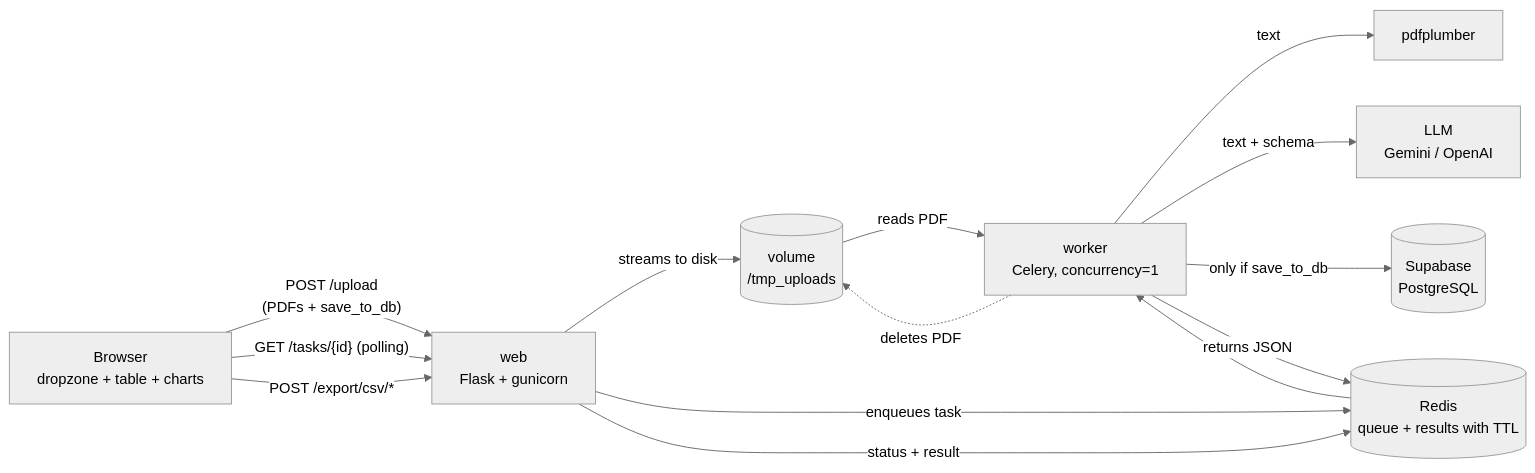
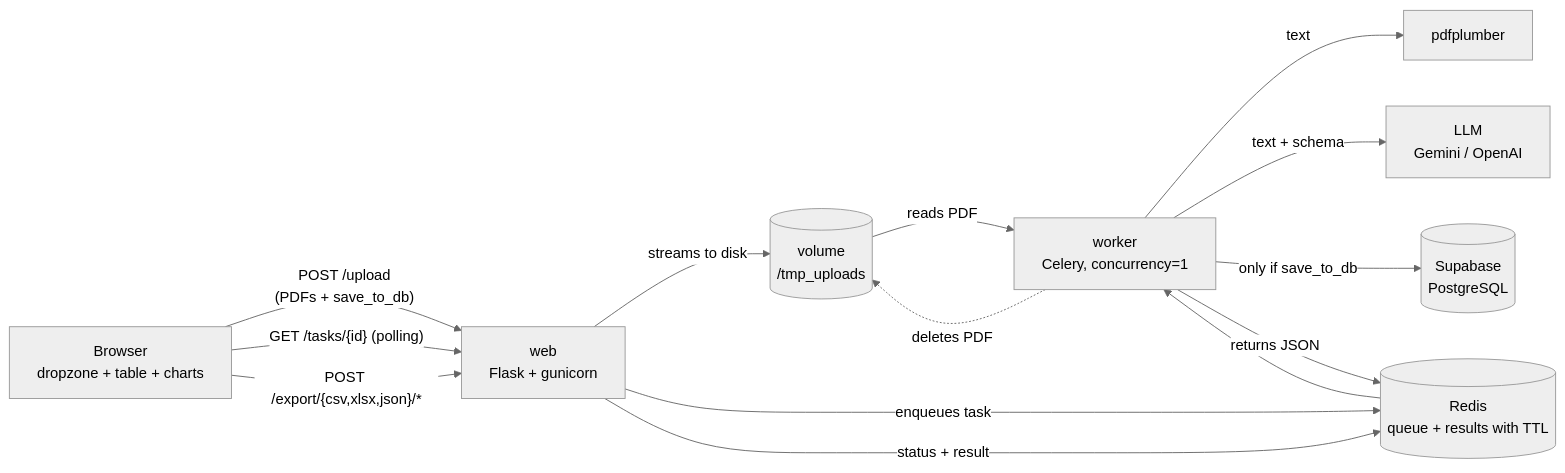
One commit to AESMatias/Extracta changed the diagram in README.md. Above: the diagram before and after it, drawn with Mermaid (neutral theme). The commit also changed other lines of this file and 8 other files, not shown here.

First line of the commit message:
feat(export): add XLSX and JSON export formats next to CSV

````diff
--- a/README.md
+++ b/README.md
@@ -91,16 +98,16 @@
 ```mermaid
 flowchart LR
     B[Browser<br/>dropzone + table + charts] -- "POST /upload<br/>(PDFs + save_to_db)" --> W[web<br/>Flask + gunicorn]
     W -- "streams to disk" --> V[(volume<br/>/tmp_uploads)]
     W -- "enqueues task" --> R[(Redis<br/>queue + results with TTL)]
     R --> K[worker<br/>Celery, concurrency=1]
     V -- "reads PDF" --> K
     K -- "text" --> P[pdfplumber]
     K -- "text + schema" --> L[LLM<br/>Gemini / OpenAI]
     K -- "only if save_to_db" --> S[(Supabase<br/>PostgreSQL)]
     K -- "returns JSON" --> R
     K -. "deletes PDF" .-> V
     B -- "GET /tasks/{id} (polling)" --> W
     W -- "status + result" --> R
-    B -- "POST /export/csv/*" --> W
+    B -- "POST /export/{csv,xlsx,json}/*" --> W
 ```
````
